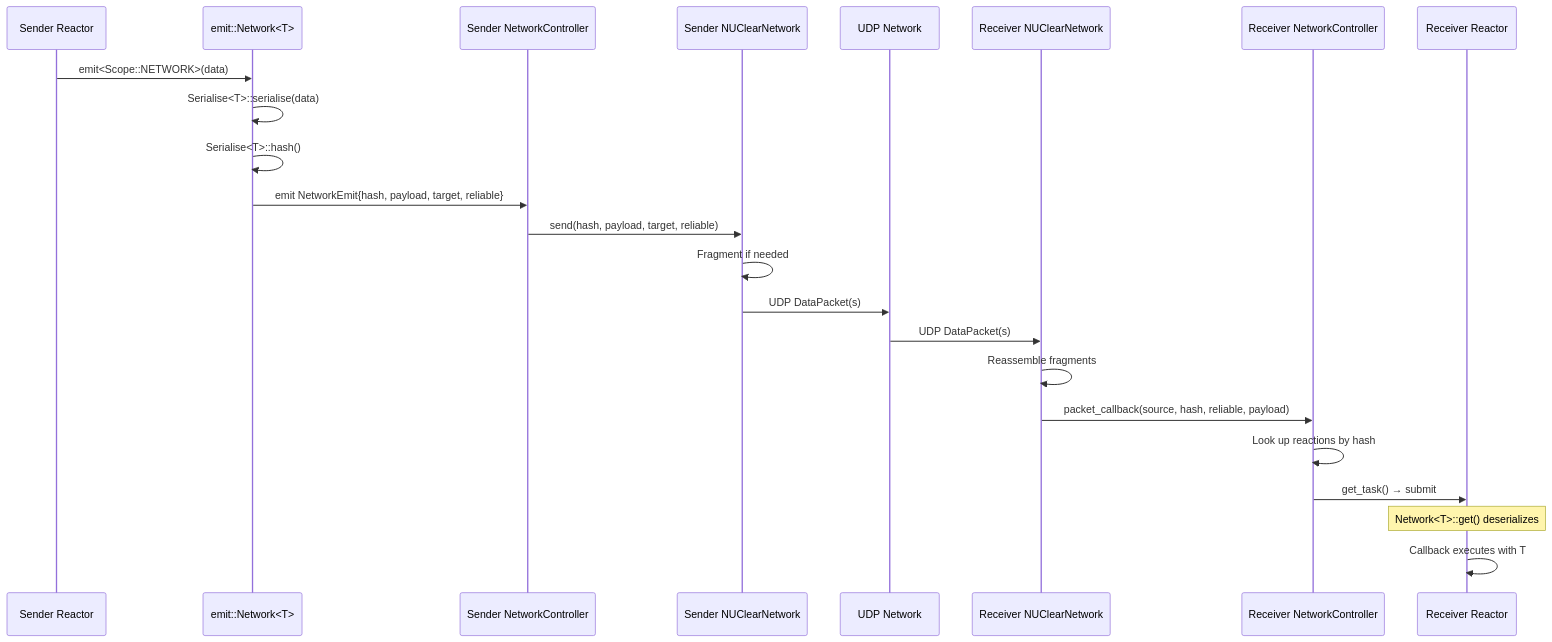
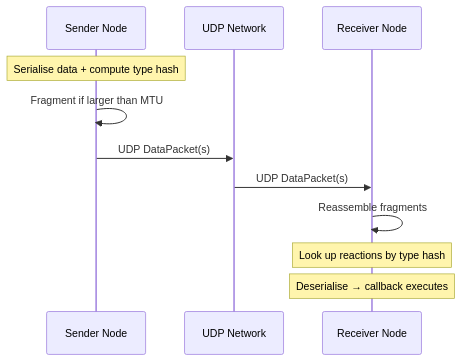
Before and after one commit to Fastcode/NUClear: the ninth of 9 diagrams in docs2/explanation/nuclear-net.md, drawn with Mermaid. The commit also changed other lines of this file and 17 other files, not shown here.

````diff
--- a/docs2/explanation/nuclear-net.md
+++ b/docs2/explanation/nuclear-net.md
@@ -348,26 +348,14 @@
 ```mermaid
 sequenceDiagram
-    participant Sender as Sender Reactor
-    participant SE as emit::Network<T>
-    participant SC as Sender NetworkController
-    participant SN as Sender NUClearNetwork
+    participant Sender as Sender Node
     participant Net as UDP Network
-    participant RN as Receiver NUClearNetwork
-    participant RC as Receiver NetworkController
-    participant RR as Receiver Reactor
+    participant Receiver as Receiver Node
 
-    Sender->>SE: emit<Scope::NETWORK>(data)
-    SE->>SE: Serialise<T>::serialise(data)
-    SE->>SE: Serialise<T>::hash()
-    SE->>SC: emit NetworkEmit{hash, payload, target, reliable}
-    SC->>SN: send(hash, payload, target, reliable)
-    SN->>SN: Fragment if needed
-    SN->>Net: UDP DataPacket(s)
-    Net->>RN: UDP DataPacket(s)
-    RN->>RN: Reassemble fragments
-    RN->>RC: packet_callback(source, hash, reliable, payload)
-    RC->>RC: Look up reactions by hash
-    RC->>RR: get_task() → submit
-    Note over RR: Network<T>::get() deserializes
-    RR->>RR: Callback executes with T
+    Note over Sender: Serialise data + compute type hash
+    Sender->>Sender: Fragment if larger than MTU
+    Sender->>Net: UDP DataPacket(s)
+    Net->>Receiver: UDP DataPacket(s)
+    Receiver->>Receiver: Reassemble fragments
+    Note over Receiver: Look up reactions by type hash
+    Note over Receiver: Deserialise → callback executes
 ```
````
